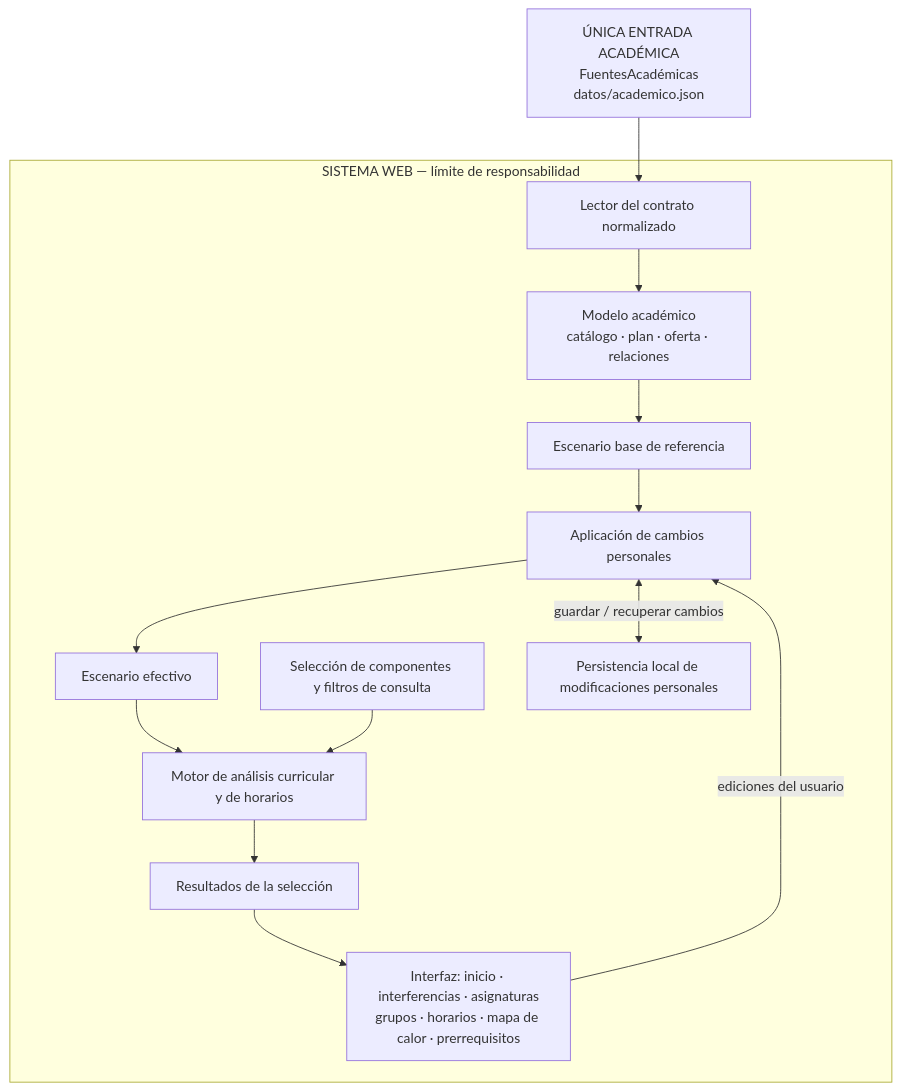
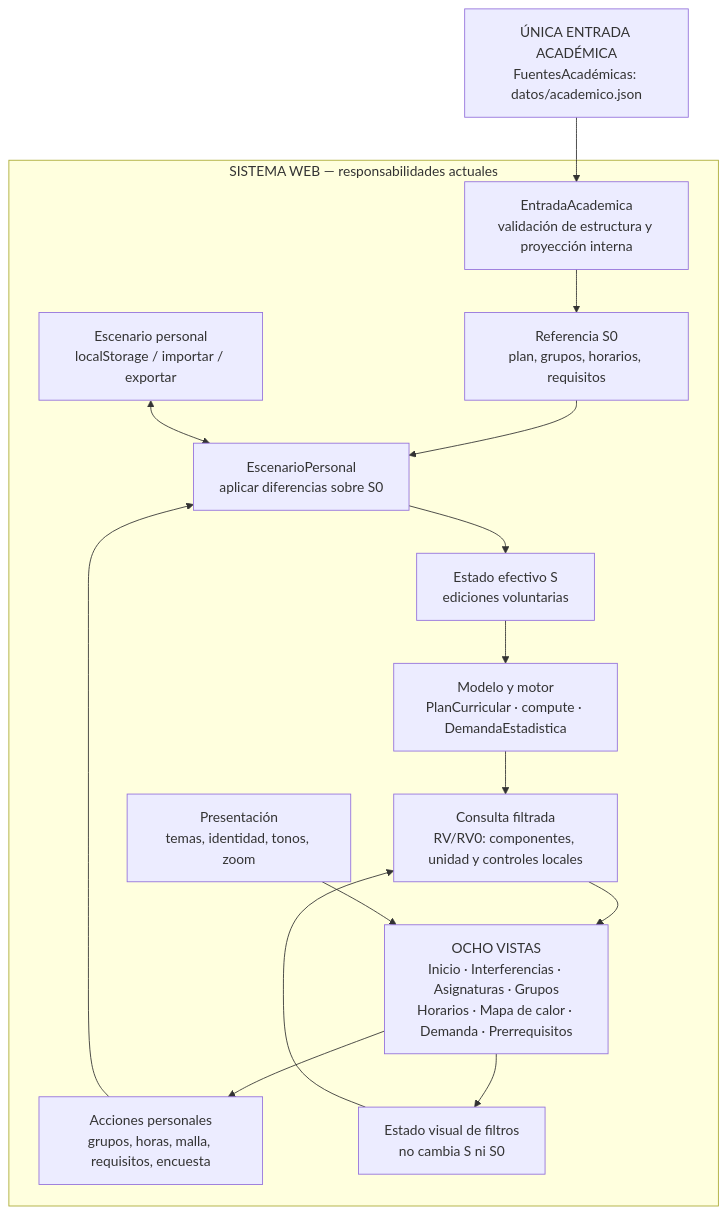
One commit to jncubillosn-lab/Mecatronica changed the diagram in docs/ARQUITECTURA.md. Above: the diagram before and after it, drawn with Mermaid. The commit also changed other lines of this file and 2 other files, not shown here.

First line of the commit message:
ARQ-01: consolidar requisitos, principios y operación real como referencia para 1.0

````diff
--- a/docs/ARQUITECTURA.md
+++ b/docs/ARQUITECTURA.md
@@ -24,26 +36,23 @@
 ```mermaid
 flowchart TB
-    EN["ÚNICA ENTRADA ACADÉMICA<br/>FuentesAcadémicas<br/>datos/academico.json"]
-
-    subgraph SISTEMA["SISTEMA WEB — límite de responsabilidad"]
-        L["Lector del contrato normalizado"]
-        MA["Modelo académico<br/>catálogo · plan · oferta · relaciones"]
-        SB["Escenario base de referencia"]
-        AP["Aplicación de cambios personales"]
-        EF["Escenario efectivo"]
-        AN["Motor de análisis curricular y de horarios"]
-        VF["Selección de componentes y filtros de consulta"]
-        RE["Resultados de la selección"]
-        VI["Interfaz: inicio · interferencias · asignaturas<br/>grupos · horarios · mapa de calor · prerrequisitos"]
-        PE["Persistencia local de modificaciones personales"]
-
-        L --> MA --> SB --> AP --> EF
-        EF --> AN
-        VF --> AN
-        AN --> RE --> VI
-        VI -->|"ediciones del usuario"| AP
-        AP <-->|"guardar / recuperar cambios"| PE
+    EN["ÚNICA ENTRADA ACADÉMICA<br/>FuentesAcadémicas: datos/academico.json"]
+    subgraph WEB["SISTEMA WEB — responsabilidades actuales"]
+        L["EntradaAcademica<br/>validación de estructura y proyección interna"]
+        BASE["Referencia S0<br/>plan, grupos, horarios, requisitos"]
+        EP["EscenarioPersonal<br/>aplicar diferencias sobre S0"]
+        EFE["Estado efectivo S<br/>ediciones voluntarias"]
+        MOTOR["Modelo y motor<br/>PlanCurricular · compute · DemandaEstadistica"]
+        CONSULTA["Consulta filtrada<br/>RV/RV0: componentes, unidad y controles locales"]
+        UI["OCHO VISTAS<br/>Inicio · Interferencias · Asignaturas · Grupos<br/>Horarios · Mapa de calor · Demanda · Prerrequisitos"]
+        PERS["Escenario personal<br/>localStorage / importar / exportar"]
+        EDI["Acciones personales<br/>grupos, horas, malla, requisitos, encuesta"]
+        FIL["Estado visual de filtros<br/>no cambia S ni S0"]
+        VIS["Presentación<br/>temas, identidad, tonos, zoom"]
+        L --> BASE --> EP --> EFE --> MOTOR --> CONSULTA --> UI
+        PERS <--> EP
+        UI --> EDI --> EP
+        UI --> FIL --> CONSULTA
+        VIS --> UI
     end
-
     EN --> L
 ```
````
